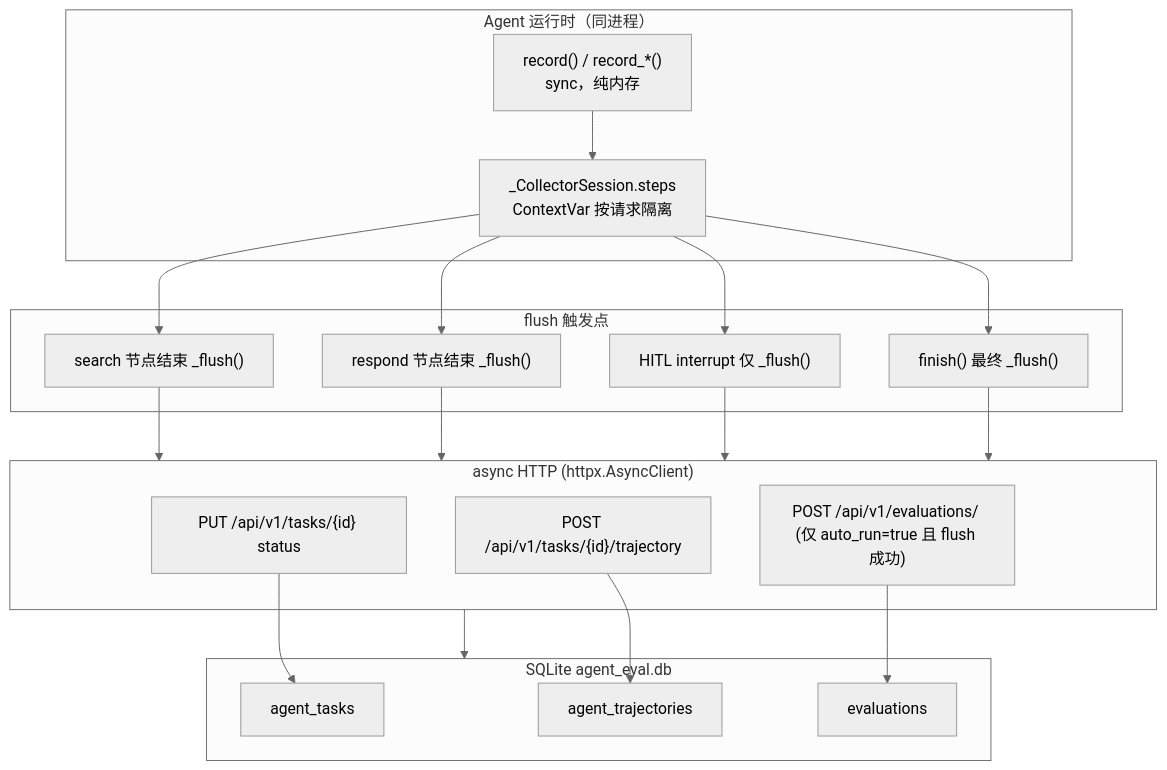
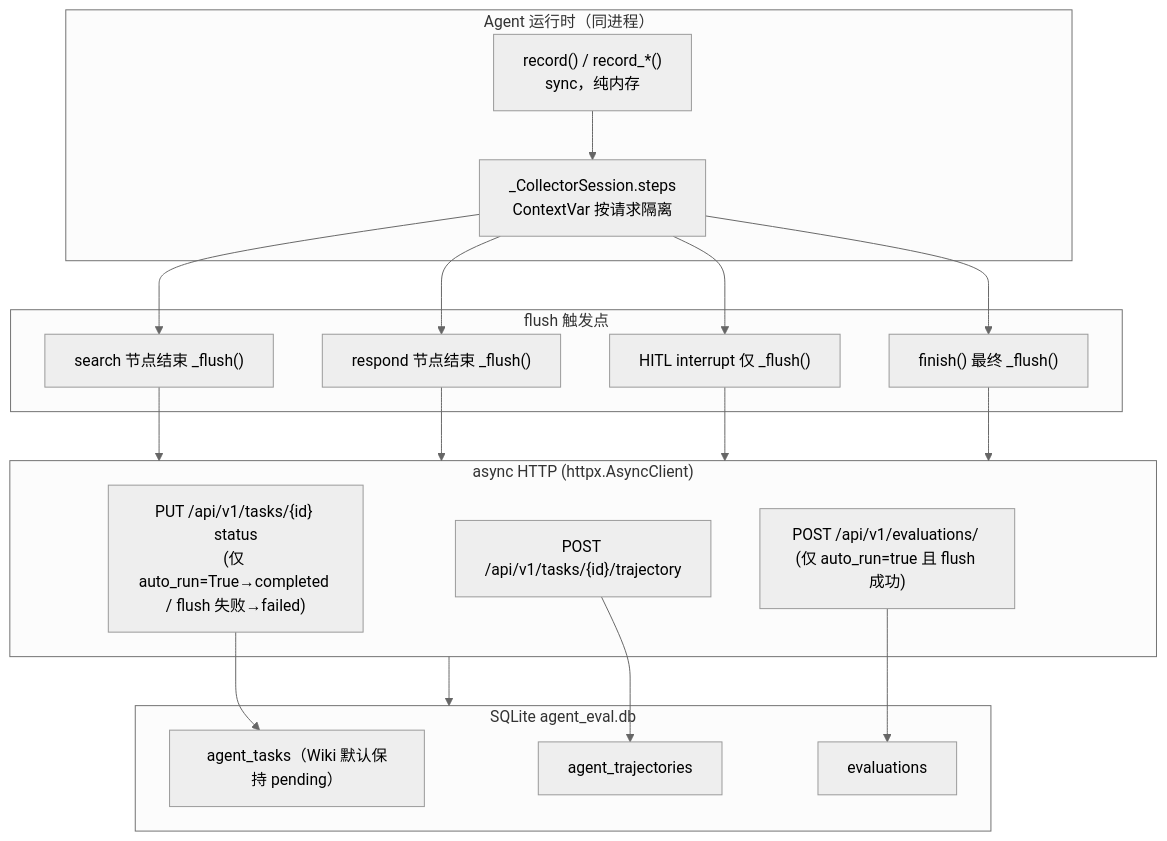
Before and after one commit to daetz-coder/Agent-Runtime-Evaluation-Platform: the fifth of 9 diagrams in docs/wiki-to-evaluation-flow.md, drawn with Mermaid (neutral theme). The commit also changed other lines of this file and 3 other files, not shown here.

First line of the commit message:
docs: align Wiki collector finish semantics with pending tasks

````diff
--- a/docs/wiki-to-evaluation-flow.md
+++ b/docs/wiki-to-evaluation-flow.md
@@ -313,36 +313,36 @@
 ```mermaid
 flowchart TD
     subgraph AgentRuntime["Agent 运行时（同进程）"]
         REC["record() / record_*()<br/>sync，纯内存"]
         BUF["_CollectorSession.steps<br/>ContextVar 按请求隔离"]
         REC --> BUF
     end
 
     subgraph FlushTriggers["flush 触发点"]
         F1["search 节点结束 _flush()"]
         F2["respond 节点结束 _flush()"]
         F3["HITL interrupt 仅 _flush()"]
         F4["finish() 最终 _flush()"]
     end
 
     BUF --> F1 & F2 & F3 & F4
     F1 & F2 & F3 & F4 --> HTTP
 
     subgraph HTTP["async HTTP (httpx.AsyncClient)"]
         POST_T["POST /api/v1/tasks/{id}/trajectory"]
-        PUT_S["PUT /api/v1/tasks/{id} status"]
+        PUT_S["PUT /api/v1/tasks/{id} status<br/>(仅 auto_run=True→completed / flush 失败→failed)"]
         POST_E["POST /api/v1/evaluations/ (仅 auto_run=true 且 flush 成功)"]
     end
 
     HTTP --> DB
 
     subgraph DB["SQLite agent_eval.db"]
-        T1["agent_tasks"]
+        T1["agent_tasks（Wiki 默认保持 pending）"]
         T2["agent_trajectories"]
         T3["evaluations"]
     end
 
     POST_T --> T2
     PUT_S --> T1
     POST_E --> T3
 ```
````
